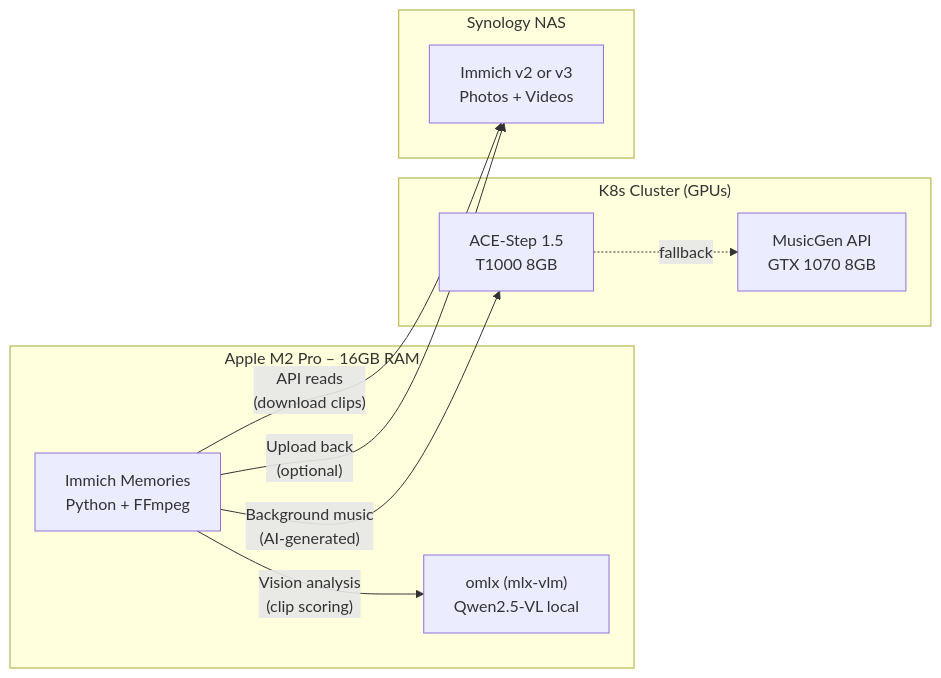
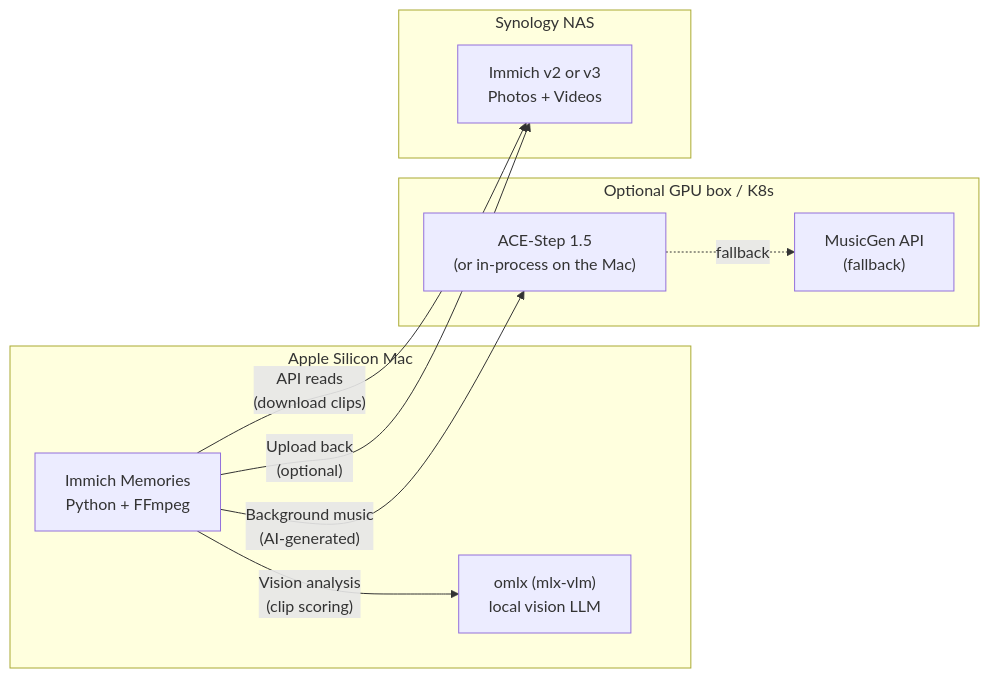
One commit to chenzeyan54-commits/immich-video-memory-generator changed the diagram in README.md. Above: the diagram before and after it, drawn with Mermaid. The commit also changed other lines of this file and 159 other files, not shown here.

````diff
--- a/README.md
+++ b/README.md
@@ -19,22 +183,22 @@
 ```mermaid
 graph LR
-    subgraph "Apple M2 Pro – 16GB RAM"
+    subgraph "Apple Silicon Mac"
         IM["Immich Memories<br/>Python + FFmpeg"]
-        LLM["omlx (mlx-vlm)<br/>Qwen2.5-VL local"]
+        LLM["omlx (mlx-vlm)<br/>local vision LLM"]
     end
 
-    subgraph "K8s Cluster (GPUs)"
-        ACE["ACE-Step 1.5<br/>T1000 8GB"]
-        MG["MusicGen API<br/>GTX 1070 8GB"]
+    subgraph "Optional GPU box / K8s"
+        ACE["ACE-Step 1.5<br/>(or in-process on the Mac)"]
+        MG["MusicGen API<br/>(fallback)"]
     end
 
     subgraph "Synology NAS"
         Immich["Immich v2 or v3<br/>Photos + Videos"]
     end
 
     IM -->|"API reads<br/>(download clips)"| Immich
     IM -->|"Vision analysis<br/>(clip scoring)"| LLM
     IM -->|"Background music<br/>(AI-generated)"| ACE
     ACE -.->|"fallback"| MG
     IM -->|"Upload back<br/>(optional)"| Immich
 ```
````
